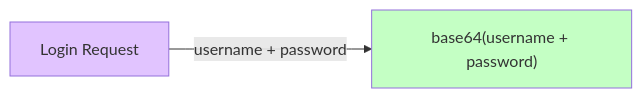
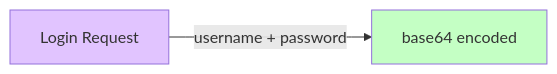
The second of 6 diagrams in Authenication/README.md (jtombo45/SeniorEngineerRoadmap), drawn with Mermaid before and after one commit. The commit also changed other lines of this file, not shown here.

````diff
--- a/Authenication/README.md
+++ b/Authenication/README.md
@@ -109,7 +109,7 @@
 ```mermaid
 flowchart LR
-    A[Login Request] -->|username + password| B["base64(username + password)"]
+    A[Login Request] -->|username + password| B[base64 encoded]
     
     style A fill:#e1c4ff
     style B fill:#c4ffc4
 ```
````
